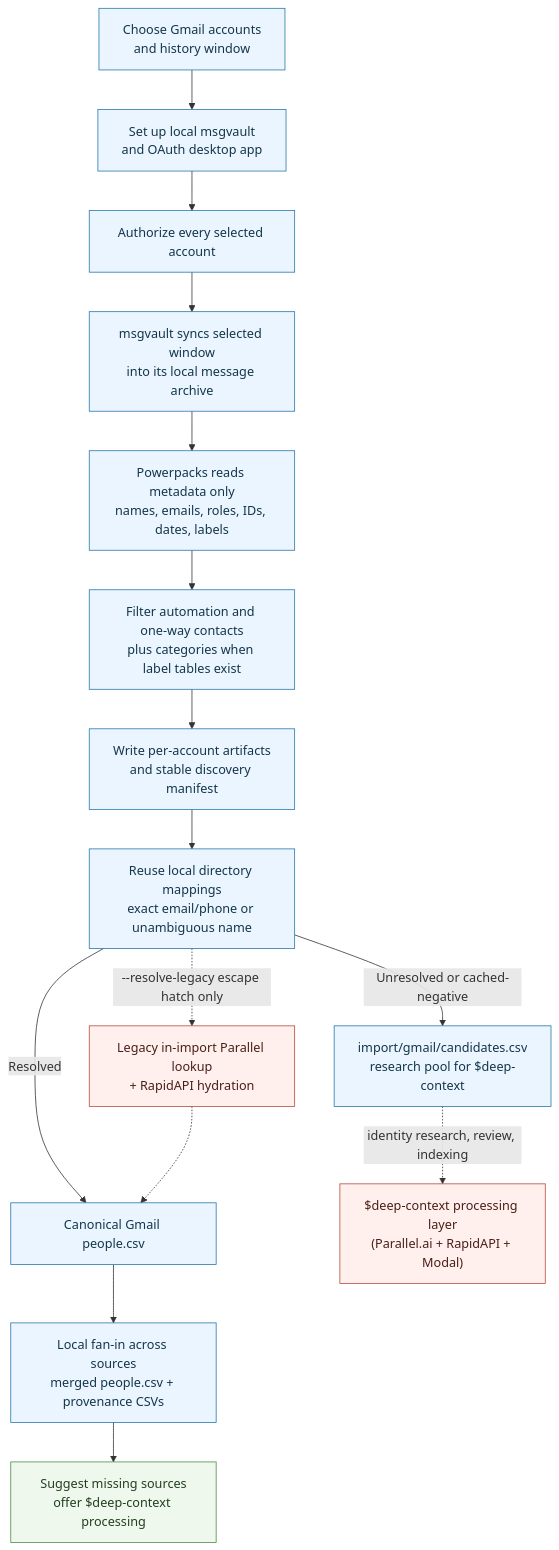
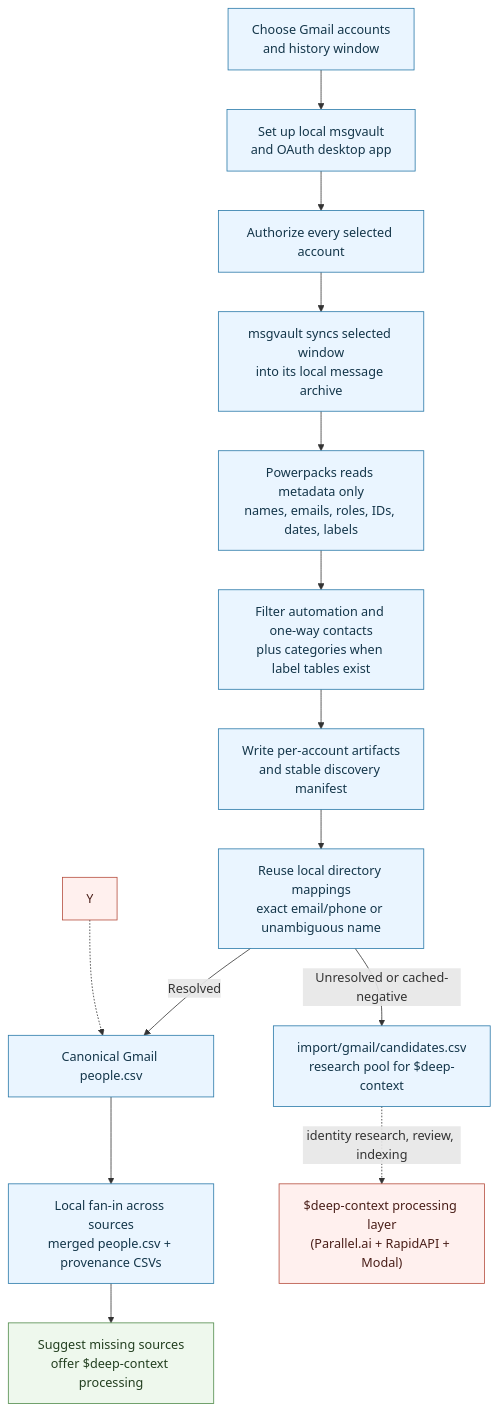
The diagram in packs/ingestion/docs/gmail-import-pipeline.md (powerset-co/powerpacks), drawn with Mermaid before and after one commit. The commit also changed other lines of this file and 8 other files, not shown here.

First line of the commit message:
feat(deep-context): migrate legacy parallel resolutions into the reviewable retarget loop (#316)

````diff
--- a/packs/ingestion/docs/gmail-import-pipeline.md
+++ b/packs/ingestion/docs/gmail-import-pipeline.md
@@ -45,27 +47,26 @@
 ```mermaid
 flowchart TD
     A["Choose Gmail accounts<br/>and history window"] --> B["Set up local msgvault<br/>and OAuth desktop app"]
     B --> C["Authorize every selected account"]
     C --> D["msgvault syncs selected window<br/>into its local message archive"]
     D --> E["Powerpacks reads metadata only<br/>names, emails, roles, IDs, dates, labels"]
     E --> F["Filter automation and one-way contacts<br/>plus categories when label tables exist"]
     F --> G["Write per-account artifacts<br/>and stable discovery manifest"]
 
     G --> H["Reuse local directory mappings<br/>exact email/phone or unambiguous name"]
     H -->|Resolved| R["Canonical Gmail people.csv"]
     H -->|Unresolved or cached-negative| Q["import/gmail/candidates.csv<br/>research pool for $deep-context"]
 
     R --> S["Local fan-in across sources<br/>merged people.csv + provenance CSVs"]
     S --> T["Suggest missing sources<br/>offer $deep-context processing"]
 
     Q -. "identity research, review, indexing" .-> X["$deep-context processing layer<br/>(Parallel.ai + RapidAPI + Modal)"]
-    H -. "--resolve-legacy escape hatch only" .-> Y["Legacy in-import Parallel lookup<br/>+ RapidAPI hydration"]
-    Y -.-> R
+        Y -.-> R
 
     classDef local fill:#eaf5ff,stroke:#2878a8,color:#14364a;
     classDef cloud fill:#fff0ee,stroke:#b54c3d,color:#4a1f19;
     classDef output fill:#eef8ed,stroke:#4f8a49,color:#233f20;
     class A,B,C,D,E,F,G,H,Q,R,S local;
     class X,Y cloud;
     class T output;
 ```
````
